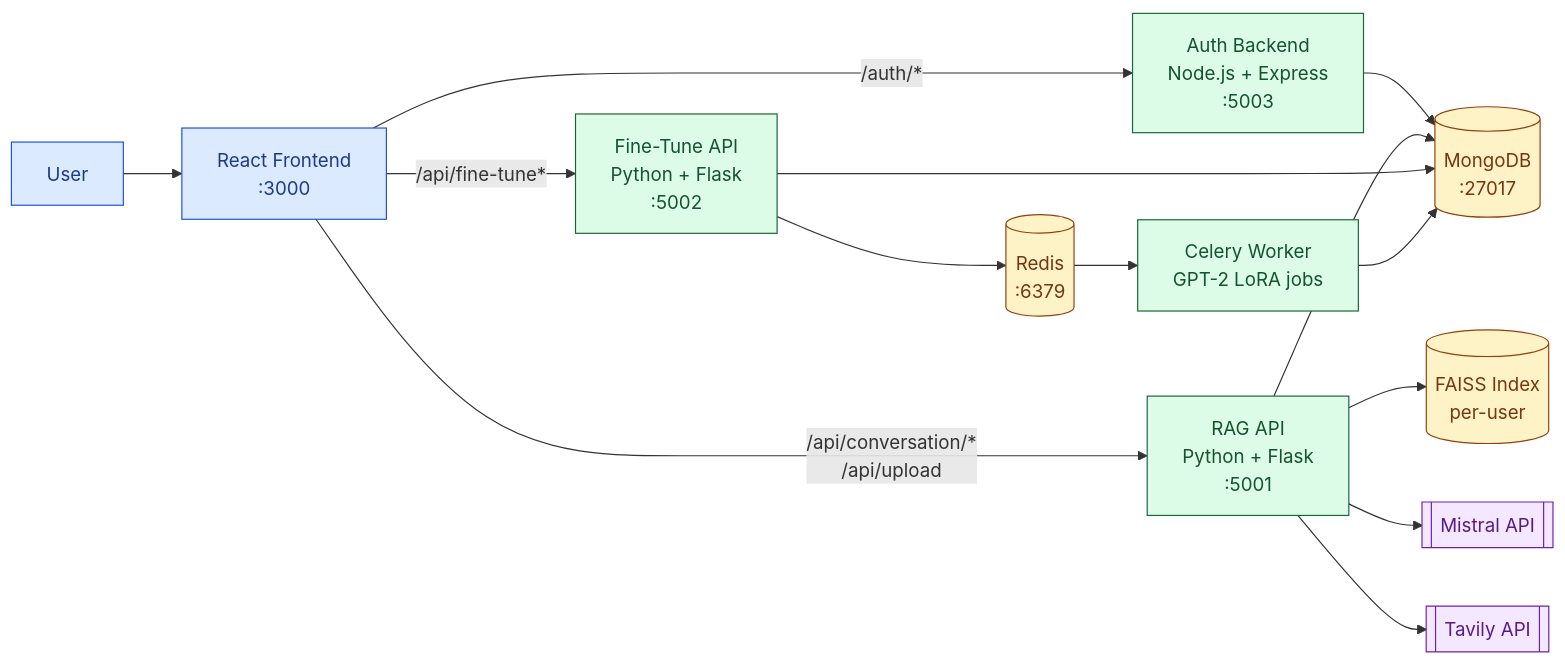
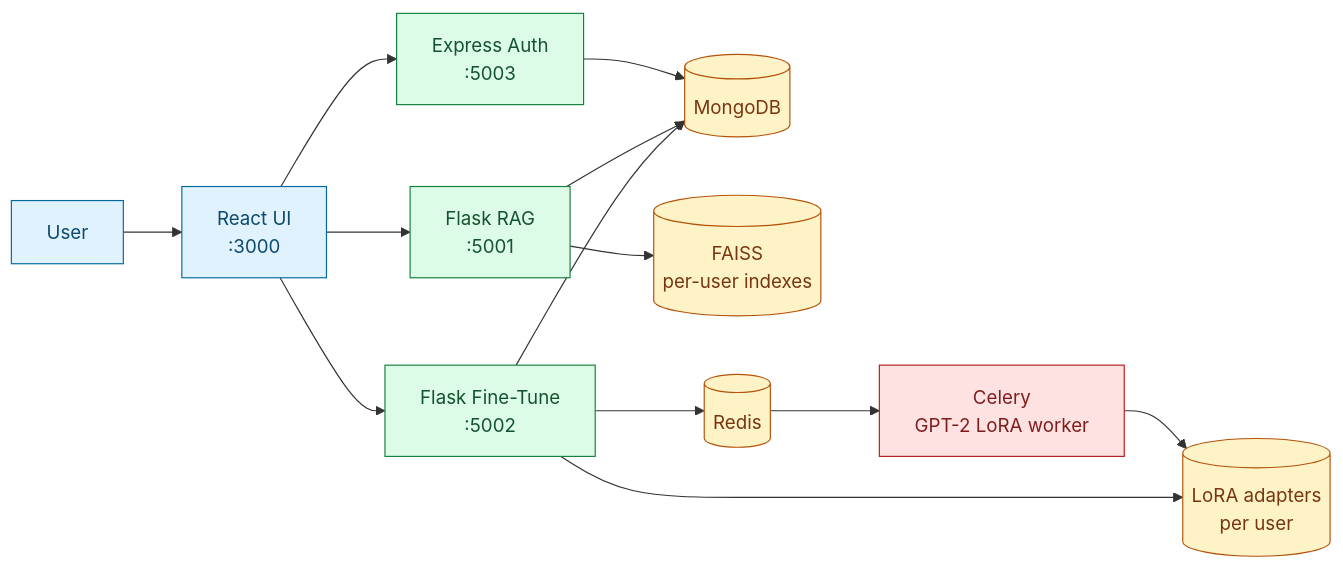
One commit to haseebraza715/EngageMind changed the diagram in docs/diagrams-src/engagemind_architecture.mmd. Above: the diagram before and after it, drawn with Mermaid. The commit also changed 9 other files, not shown here.

Commit message:
chore: update thesis diagrams, screenshot assets, and helper scripts

```diff
--- a/docs/diagrams-src/engagemind_architecture.mmd
+++ b/docs/diagrams-src/engagemind_architecture.mmd
@@ -1,45 +1,27 @@
-%% EngageMind system architecture (source of truth)
+%% EngageMind runtime architecture
 flowchart LR
-  %% Clients
-  U[User]
-  FE[React Frontend\n:3000]
+  User["User"] --> UI["React UI\n:3000"]
 
-  %% Services
-  BE[Auth Backend\nNode.js + Express\n:5003]
-  RAG[RAG API\nPython + Flask\n:5001]
-  FT[Fine-Tune API\nPython + Flask\n:5002]
-  CW[Celery Worker\nGPT-2 LoRA jobs]
+  UI --> Auth["Express Auth\n:5003"]
+  UI --> Rag["Flask RAG\n:5001"]
+  UI --> Tune["Flask Fine-Tune\n:5002"]
 
-  %% Stores and external systems
-  MDB[(MongoDB\n:27017)]
-  REDIS[(Redis\n:6379)]
-  FAISS[(FAISS Index\nper-user)]
-  MISTRAL[[Mistral API]]
-  TAVILY[[Tavily API]]
+  Auth --> Mongo[("MongoDB")]
+  Rag --> Mongo
+  Rag --> Faiss[("FAISS\nper-user indexes")]
 
-  U --> FE
-  FE -->|/auth/*| BE
-  FE -->|/api/conversation/*\n/api/upload| RAG
-  FE -->|/api/fine-tune*| FT
+  Tune --> Mongo
+  Tune --> Redis[("Redis")]
+  Redis --> Worker["Celery\nGPT-2 LoRA worker"]
+  Worker --> Adapter[("LoRA adapters\nper user")]
+  Tune --> Adapter
 
-  BE --> MDB
+  classDef ui fill:#e0f2fe,stroke:#0369a1,color:#0c4a6e;
+  classDef svc fill:#dcfce7,stroke:#15803d,color:#14532d;
+  classDef data fill:#fef3c7,stroke:#b45309,color:#78350f;
+  classDef worker fill:#fee2e2,stroke:#b91c1c,color:#7f1d1d;
 
-  RAG --> MDB
-  RAG --> FAISS
-  RAG --> MISTRAL
-  RAG --> TAVILY
-
-  FT --> MDB
-  FT --> REDIS
-  REDIS --> CW
-  CW --> MDB
-
-  classDef client fill:#dbeafe,stroke:#1d4ed8,color:#1e3a8a,stroke-width:1px;
-  classDef svc fill:#dcfce7,stroke:#166534,color:#14532d,stroke-width:1px;
-  classDef data fill:#fef3c7,stroke:#92400e,color:#78350f,stroke-width:1px;
-  classDef ext fill:#f3e8ff,stroke:#6b21a8,color:#581c87,stroke-width:1px;
-
-  class U,FE client;
-  class BE,RAG,FT,CW svc;
-  class MDB,REDIS,FAISS data;
-  class MISTRAL,TAVILY ext;
+  class User,UI ui;
+  class Auth,Rag,Tune svc;
+  class Mongo,Faiss,Redis,Adapter data;
+  class Worker worker;
```
